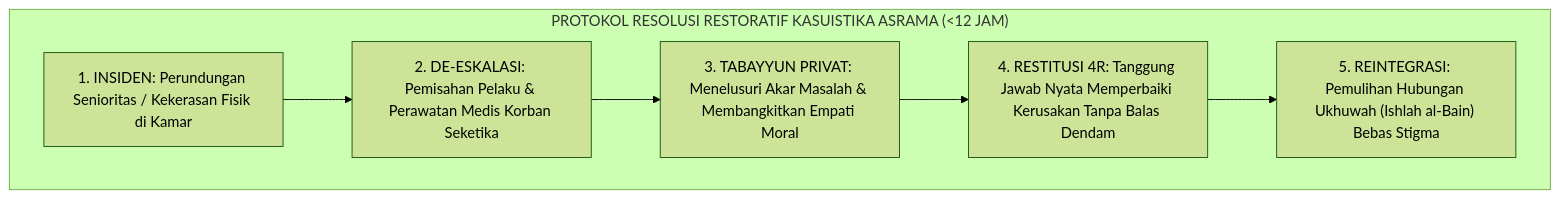
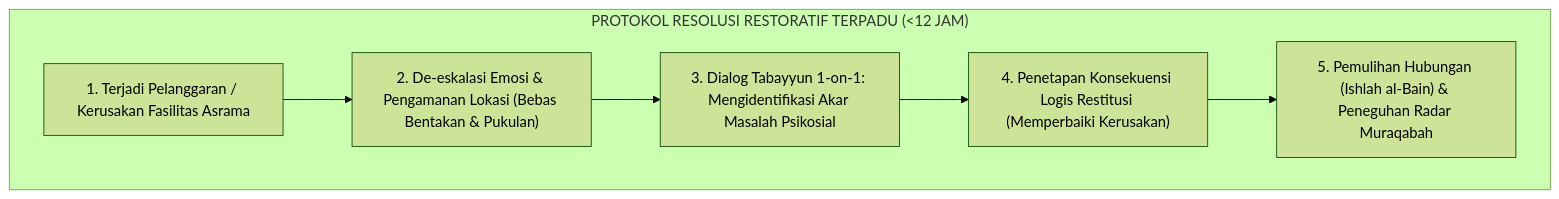
One commit to wandiapriliyandi/tumbuh changed the fourth of 7 diagrams in 01 Philosophy/01 Worldview/01 Hakikat Realitas/P1-01-01-01-Definisi-Realitas.md. Above: the diagram before and after it, drawn with Mermaid (forest theme). The commit also changed other lines of this file and 8 other files, not shown here.

````diff
--- a/01 Philosophy/01 Worldview/01 Hakikat Realitas/P1-01-01-01-Definisi-Realitas.md
+++ b/01 Philosophy/01 Worldview/01 Hakikat Realitas/P1-01-01-01-Definisi-Realitas.md
@@ -141,16 +134,12 @@
 ```mermaid
 flowchart TD
-    subgraph AlurPenangananKasusRestoratif["PROTOKOL RESOLUSI RESTORATIF KASUISTIKA ASRAMA (<12 JAM)"]
-        InsidenKasus["1. INSIDEN: Perundungan Senioritas / Kekerasan Fisik di Kamar"]
+    subgraph AlurResolusiRestoratif["PROTOKOL RESOLUSI RESTORATIF TERPADU (<12 JAM)"]
+        Insiden["1. Terjadi Pelanggaran / Kerusakan Fasilitas Asrama"]
+        Penenangan["2. De-eskalasi Emosi & Pengamanan Lokasi (Bebas Bentakan & Pukulan)"]
+        Tabayyun["3. Dialog Tabayyun 1-on-1: Mengidentifikasi Akar Masalah Psikosial"]
+        Restitusi["4. Penetapan Konsekuensi Logis Restitusi (Memperbaiki Kerusakan)"]
+        Reintegrasi["5. Pemulihan Hubungan (Ishlah al-Bain) & Peneguhan Radar Muraqabah"]
         
-        PemisahanTerapeutik["2. DE-ESKALASI: Pemisahan Pelaku & Perawatan Medis Korban Seketika"]
-        
-        DialogSokratik["3. TABAYYUN PRIVAT: Menelusuri Akar Masalah & Membangkitkan Empati Moral"]
-        
-        RestitusiLogis["4. RESTITUSI 4R: Tanggung Jawab Nyata Memperbaiki Kerusakan Tanpa Balas Dendam"]
-        
-        ReintegrasiDamai["5. REINTEGRASI: Pemulihan Hubungan Ukhuwah (Ishlah al-Bain) Bebas Stigma"]
-        
-        InsidenKasus --> PemisahanTerapeutik --> DialogSokratik --> RestitusiLogis --> ReintegrasiDamai
+        Insiden --> Penenangan --> Tabayyun --> Restitusi --> Reintegrasi
     end
 ```
````
